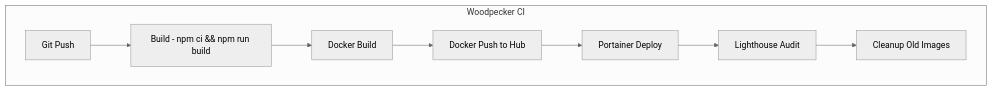
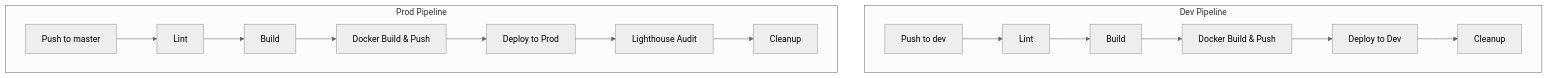
The diagram in docs/CI_PIPELINE.md (NemesisGuy/nemesisnet), drawn with Mermaid (neutral theme) before and after one commit. The commit also changed other lines of this file and 21 other files, not shown here.

Commit message:
chore: repo audit cleanup — fix docs, configs, move planning files, gitignore temp files

````diff
--- a/docs/CI_PIPELINE.md
+++ b/docs/CI_PIPELINE.md
@@ -7,19 +9,25 @@
 ```mermaid
 flowchart TB
-    subgraph "Woodpecker CI"
-        TRIGGER[Git Push]
-        BUILD[Build - npm ci && npm run build]
-        DOCKER_BUILD[Docker Build]
-        DOCKER_PUSH[Docker Push to Hub]
-        DEPLOY[Portainer Deploy]
-        LH[Lighthouse Audit]
-        CLEAN[Cleanup Old Images]
+    subgraph "Dev Pipeline"
+        DEV_PUSH[Push to dev]
+        DEV_LINT[Lint]
+        DEV_BUILD[Build]
+        DEV_DOCKER[Docker Build & Push]
+        DEV_DEPLOY[Deploy to Dev]
+        DEV_CLEAN[Cleanup]
+
+        DEV_PUSH --> DEV_LINT --> DEV_BUILD --> DEV_DOCKER --> DEV_DEPLOY --> DEV_CLEAN
     end
 
-    TRIGGER --> BUILD
-    BUILD --> DOCKER_BUILD
-    DOCKER_BUILD --> DOCKER_PUSH
-    DOCKER_PUSH --> DEPLOY
-    DEPLOY --> LH
-    LH --> CLEAN
+    subgraph "Prod Pipeline"
+        PROD_PUSH[Push to master]
+        PROD_LINT[Lint]
+        PROD_BUILD[Build]
+        PROD_DOCKER[Docker Build & Push]
+        PROD_DEPLOY[Deploy to Prod]
+        PROD_LH[Lighthouse Audit]
+        PROD_CLEAN[Cleanup]
+
+        PROD_PUSH --> PROD_LINT --> PROD_BUILD --> PROD_DOCKER --> PROD_DEPLOY --> PROD_LH --> PROD_CLEAN
+    end
 ```
````
